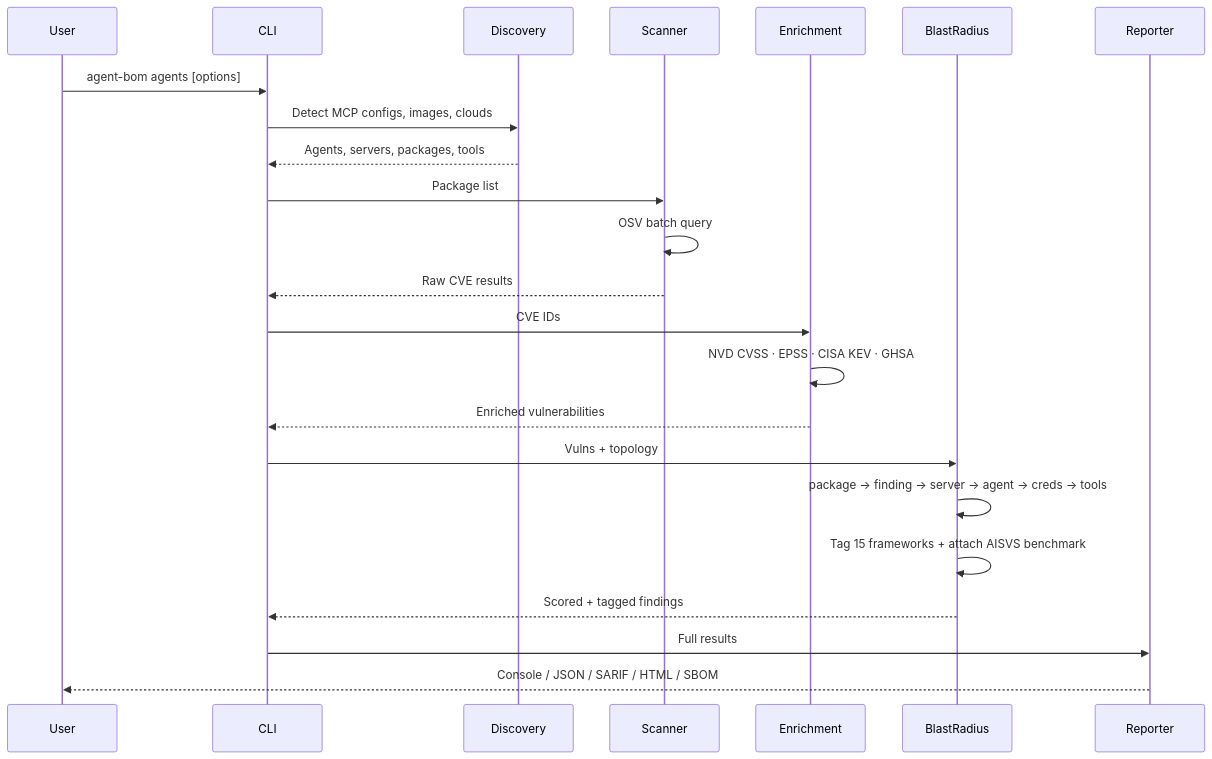
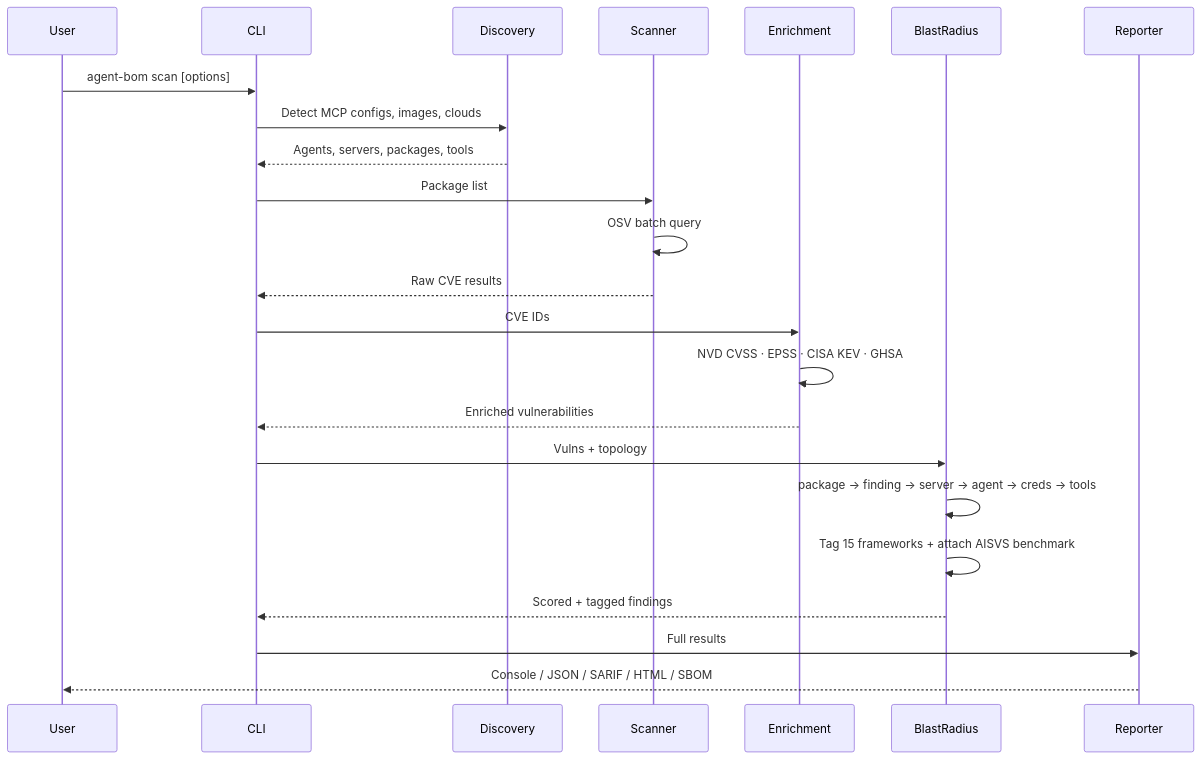
Before and after one commit to msaad00/agent-bom: the fifth of 8 diagrams in docs/ARCHITECTURE.md, drawn with Mermaid. The commit also changed other lines of this file and 21 other files, not shown here.

````diff
--- a/docs/ARCHITECTURE.md
+++ b/docs/ARCHITECTURE.md
@@ -237,30 +237,30 @@
 ```mermaid
 sequenceDiagram
     participant User
     participant CLI
     participant Discovery
     participant Scanner
     participant Enrichment
     participant BlastRadius
     participant Reporter
 
-    User->>CLI: agent-bom agents [options]
+    User->>CLI: agent-bom scan [options]
     CLI->>Discovery: Detect MCP configs, images, clouds
     Discovery-->>CLI: Agents, servers, packages, tools
 
     CLI->>Scanner: Package list
     Scanner->>Scanner: OSV batch query
     Scanner-->>CLI: Raw CVE results
 
     CLI->>Enrichment: CVE IDs
     Enrichment->>Enrichment: NVD CVSS · EPSS · CISA KEV · GHSA
     Enrichment-->>CLI: Enriched vulnerabilities
 
     CLI->>BlastRadius: Vulns + topology
     BlastRadius->>BlastRadius: package → finding → server → agent → creds → tools
     BlastRadius->>BlastRadius: Tag 15 frameworks + attach AISVS benchmark
     BlastRadius-->>CLI: Scored + tagged findings
 
     CLI->>Reporter: Full results
     Reporter-->>User: Console / JSON / SARIF / HTML / SBOM
 ```
````
